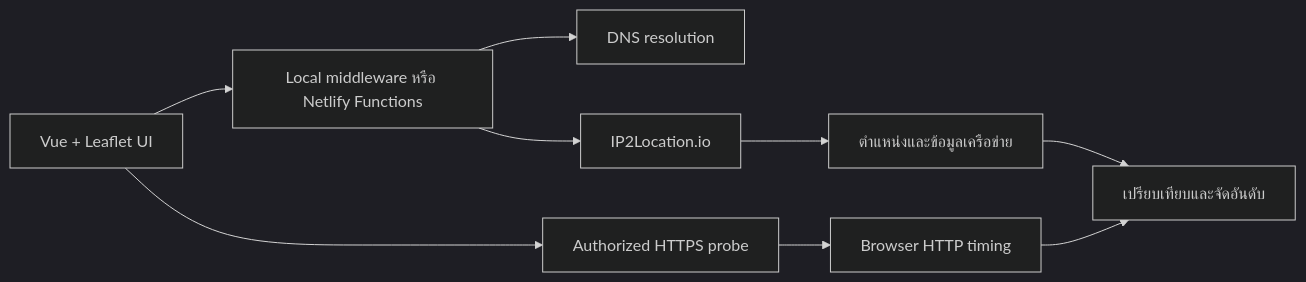
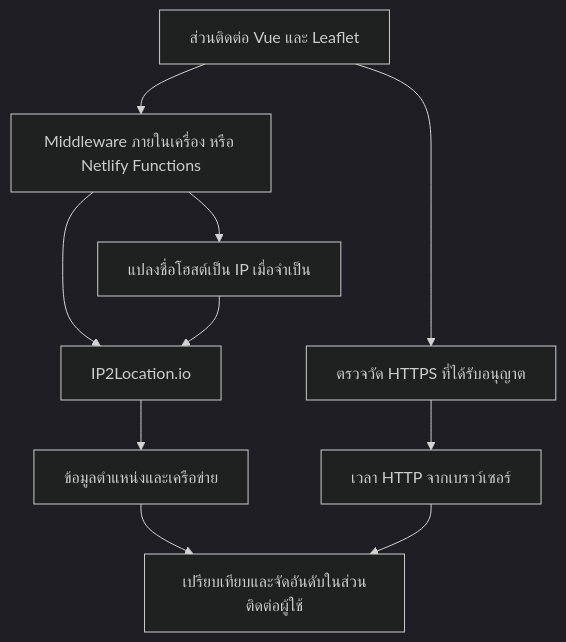
Before and after one commit to timor2542/sakurath-geoip2route: the diagram in README.th.md, drawn with Mermaid (dark theme). The commit also changed other lines of this file and 1 other file, not shown here.

Commit message:
Clarify README architecture and deployment

````diff
--- a/README.th.md
+++ b/README.th.md
@@ -127,11 +129,13 @@
 ```mermaid
-flowchart LR
-  A[Vue + Leaflet UI] --> B[Local middleware หรือ Netlify Functions]
-  B --> C[DNS resolution]
-  B --> D[IP2Location.io]
-  A --> E[Authorized HTTPS probe]
-  D --> F[ตำแหน่งและข้อมูลเครือข่าย]
-  E --> G[Browser HTTP timing]
-  F --> H[เปรียบเทียบและจัดอันดับ]
-  G --> H
+flowchart TB
+  UI[ส่วนติดต่อ Vue และ Leaflet]
+  UI --> API[Middleware ภายในเครื่อง หรือ Netlify Functions]
+  API --> DNS[แปลงชื่อโฮสต์เป็น IP เมื่อจำเป็น]
+  API --> IP2[IP2Location.io]
+  DNS --> IP2
+  IP2 --> GEO[ข้อมูลตำแหน่งและเครือข่าย]
+  UI --> PROBE[ตรวจวัด HTTPS ที่ได้รับอนุญาต]
+  PROBE --> HTTP[เวลา HTTP จากเบราว์เซอร์]
+  GEO --> RESULT[เปรียบเทียบและจัดอันดับในส่วนติดต่อผู้ใช้]
+  HTTP --> RESULT
 ```
````
